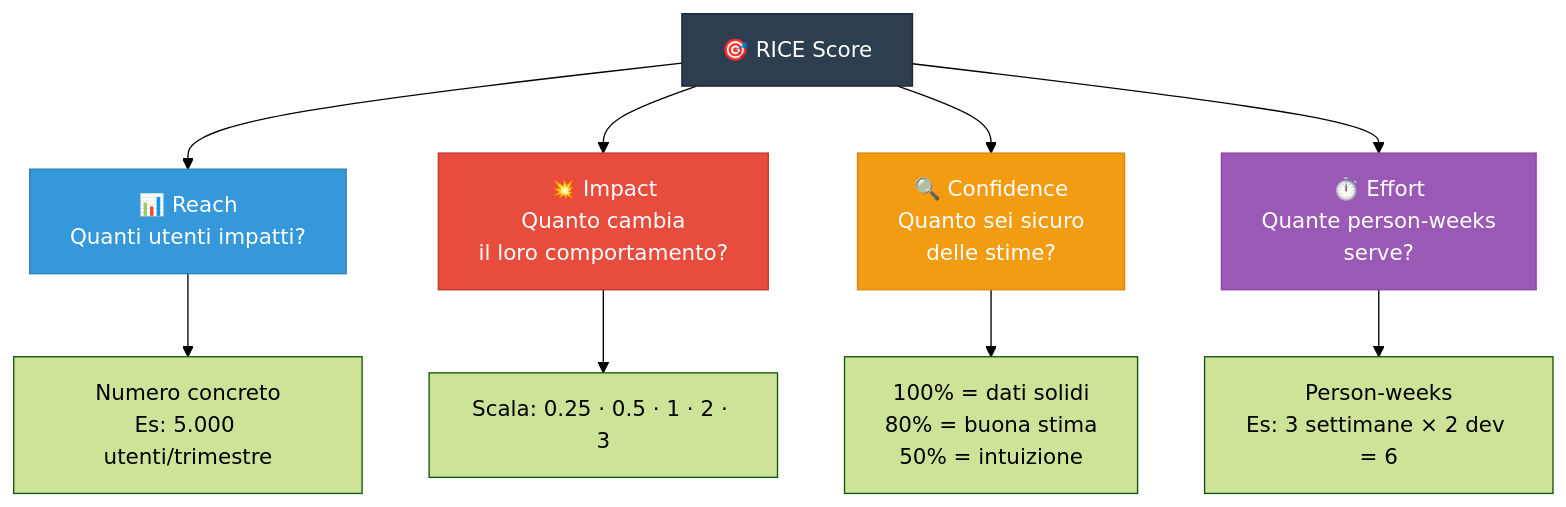
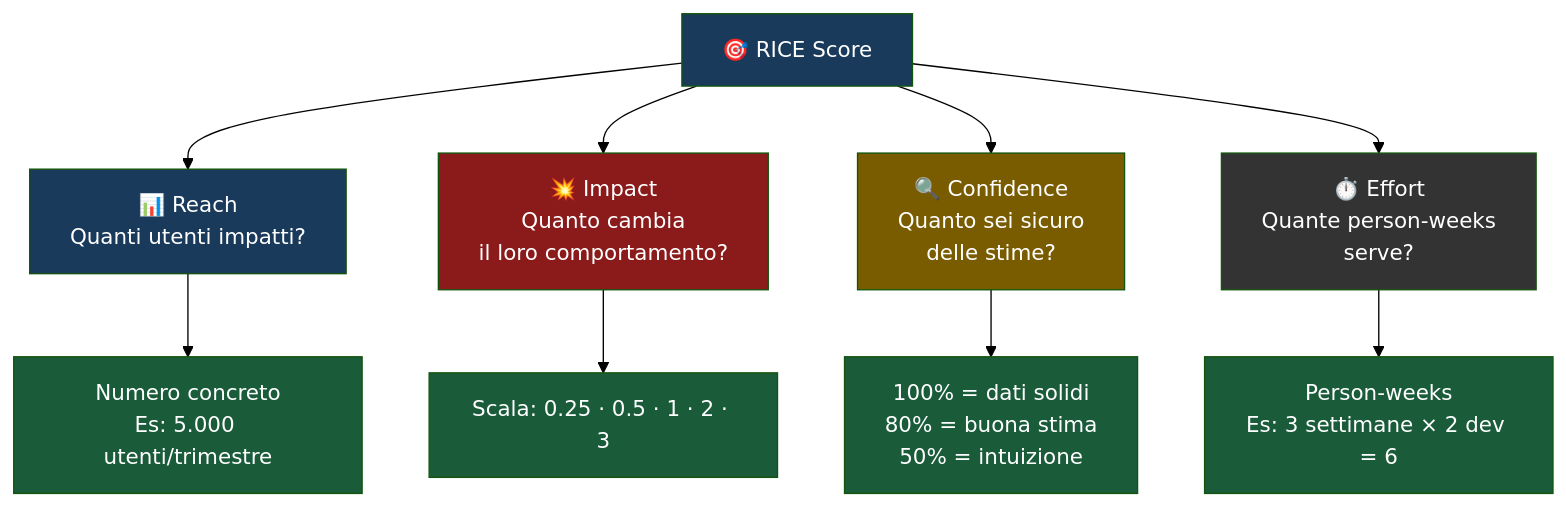
One commit to AndreyBertasini/gynnitech changed the first of 5 diagrams in src/content/corso/analisi-prodotto/prioritizzazione-feature.mdx. Above: the diagram before and after it, drawn with Mermaid (forest theme). The commit also changed other lines of this file and 21 other files, not shown here.

First line of the commit message:
style: applica color scheme semantico a tutti i diagrammi Mermaid del corso

````diff
--- a/src/content/corso/analisi-prodotto/prioritizzazione-feature.mdx
+++ b/src/content/corso/analisi-prodotto/prioritizzazione-feature.mdx
@@ -21,16 +21,20 @@
 ```mermaid
 graph TD
     RICE["🎯 RICE Score"] --> R["📊 Reach\nQuanti utenti impatti?"]
     RICE --> I["💥 Impact\nQuanto cambia\nil loro comportamento?"]
     RICE --> C["🔍 Confidence\nQuanto sei sicuro\ndelle stime?"]
     RICE --> E["⏱️ Effort\nQuante person-weeks\nserve?"]
     R --> R1["Numero concreto\nEs: 5.000 utenti/trimestre"]
     I --> I1["Scala: 0.25 · 0.5 · 1 · 2 · 3"]
     C --> C1["100% = dati solidi\n80% = buona stima\n50% = intuizione"]
     E --> E1["Person-weeks\nEs: 3 settimane × 2 dev = 6"]
-    style RICE fill:#2c3e50,stroke:#1a252f,color:#fff
-    style R fill:#3498db,stroke:#2980b9,color:#fff
-    style I fill:#e74c3c,stroke:#c0392b,color:#fff
-    style C fill:#f39c12,stroke:#d68910,color:#fff
-    style E fill:#9b59b6,stroke:#8e44ad,color:#fff
+    style RICE fill:#1a3a5c,color:#ffffff
+    style R fill:#1a3a5c,color:#ffffff
+    style I fill:#8b1a1a,color:#ffffff
+    style C fill:#7a5c00,color:#ffffff
+    style E fill:#333333,color:#ffffff
+    style R1 fill:#1a5c3a,color:#ffffff
+    style I1 fill:#1a5c3a,color:#ffffff
+    style C1 fill:#1a5c3a,color:#ffffff
+    style E1 fill:#1a5c3a,color:#ffffff
 ```
````
